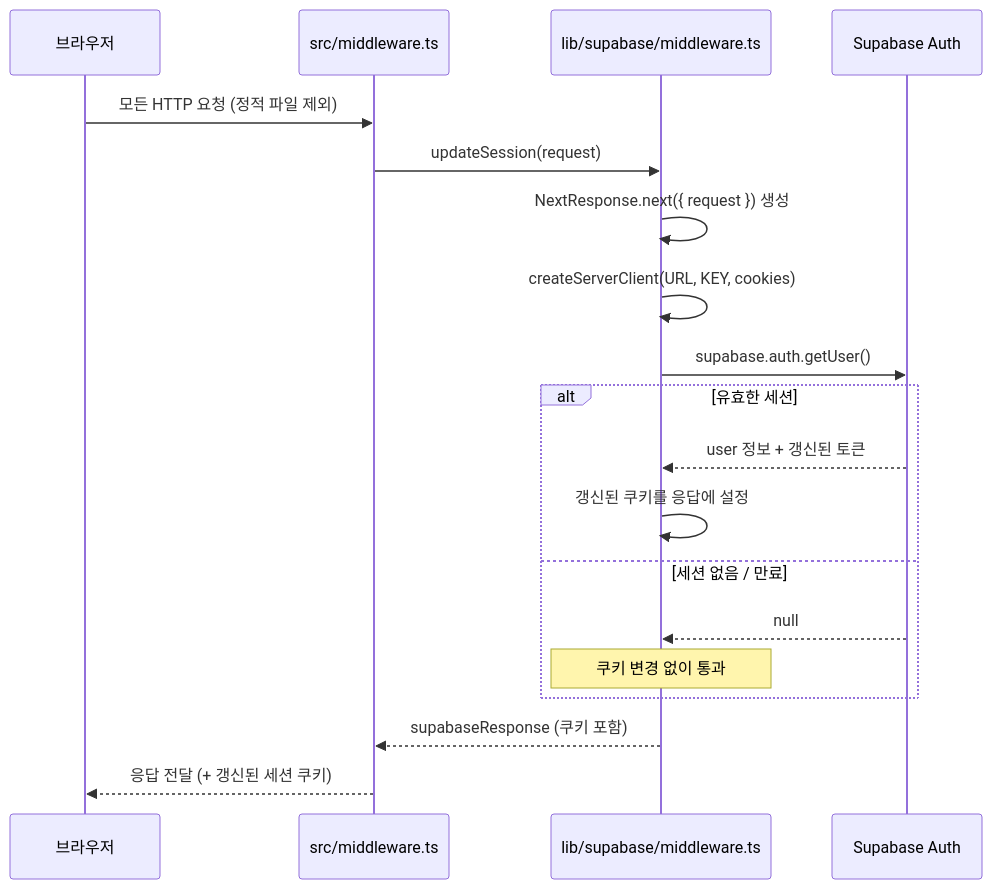
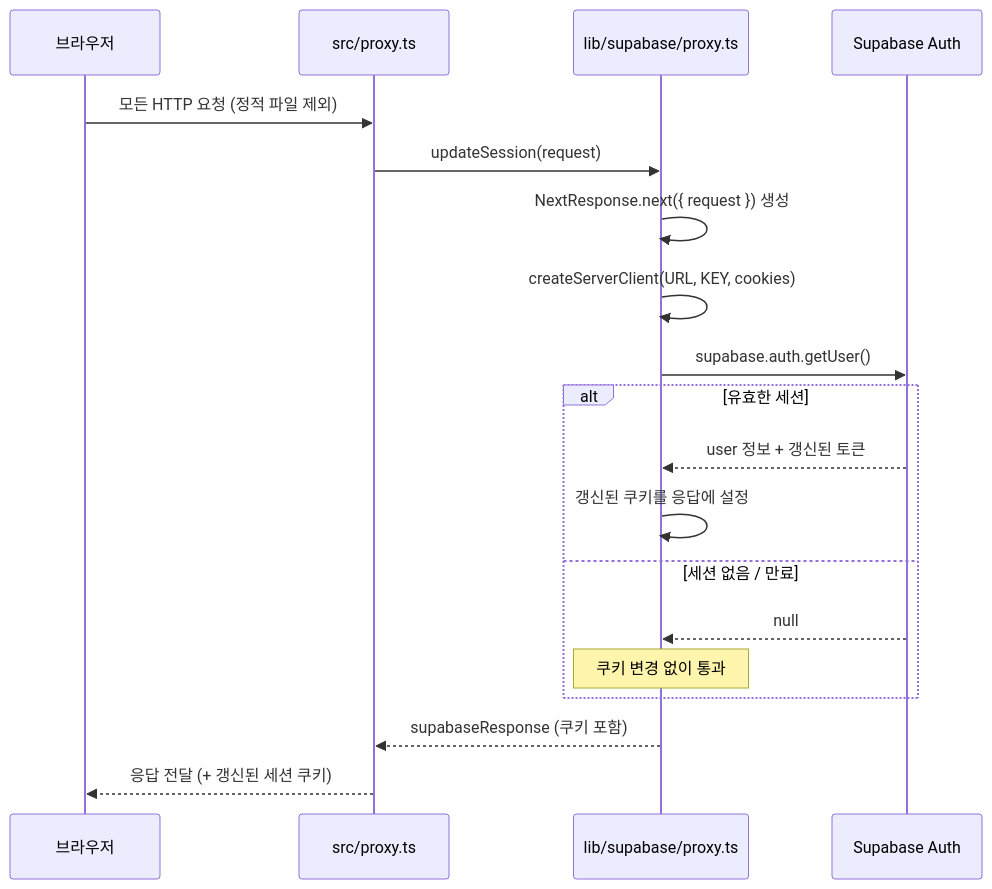
Before and after one commit to nalpari/tech-blog: diagram 12 of 12 in docs/02-design/sequence-diagrams.md, drawn with Mermaid. The commit also changed other lines of this file and 14 other files, not shown here.

First line of the commit message:
docs: proxy 전환·16.3.5 반영 및 아키텍처 다이어그램 추가

````diff
--- a/docs/02-design/sequence-diagrams.md
+++ b/docs/02-design/sequence-diagrams.md
@@ -508,26 +508,26 @@
 ```mermaid
 sequenceDiagram
     participant Browser as 브라우저
-    participant MW as src/middleware.ts
-    participant UpdateSess as lib/supabase/middleware.ts
+    participant MW as src/proxy.ts
+    participant UpdateSess as lib/supabase/proxy.ts
     participant Supabase as Supabase Auth
 
     Browser->>MW: 모든 HTTP 요청 (정적 파일 제외)
     MW->>UpdateSess: updateSession(request)
 
     UpdateSess->>UpdateSess: NextResponse.next({ request }) 생성
     UpdateSess->>UpdateSess: createServerClient(URL, KEY, cookies)
 
     UpdateSess->>Supabase: supabase.auth.getUser()
 
     alt 유효한 세션
         Supabase-->>UpdateSess: user 정보 + 갱신된 토큰
         UpdateSess->>UpdateSess: 갱신된 쿠키를 응답에 설정
     else 세션 없음 / 만료
         Supabase-->>UpdateSess: null
         Note over UpdateSess: 쿠키 변경 없이 통과
     end
 
     UpdateSess-->>MW: supabaseResponse (쿠키 포함)
     MW-->>Browser: 응답 전달 (+ 갱신된 세션 쿠키)
 ```
````
